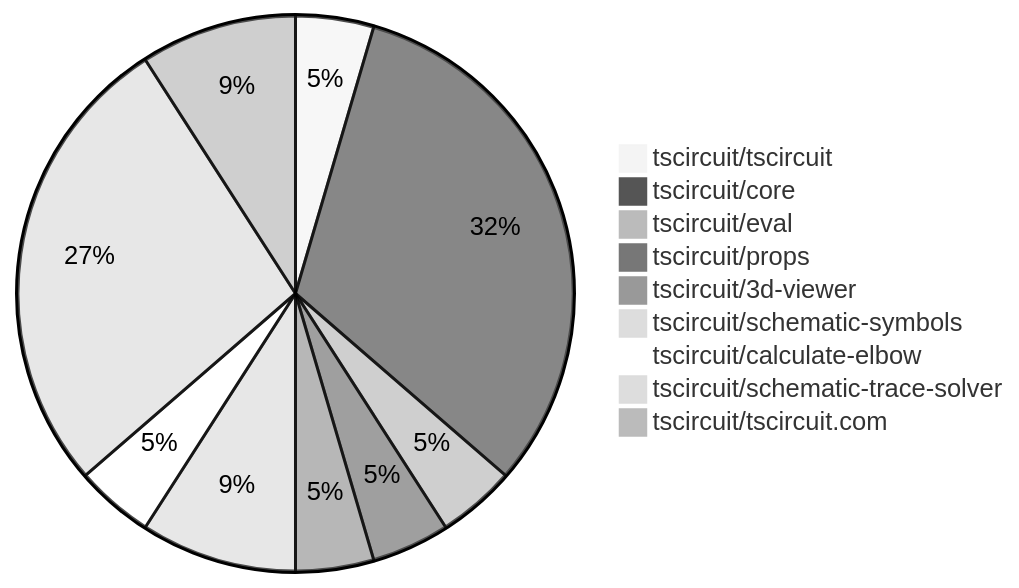
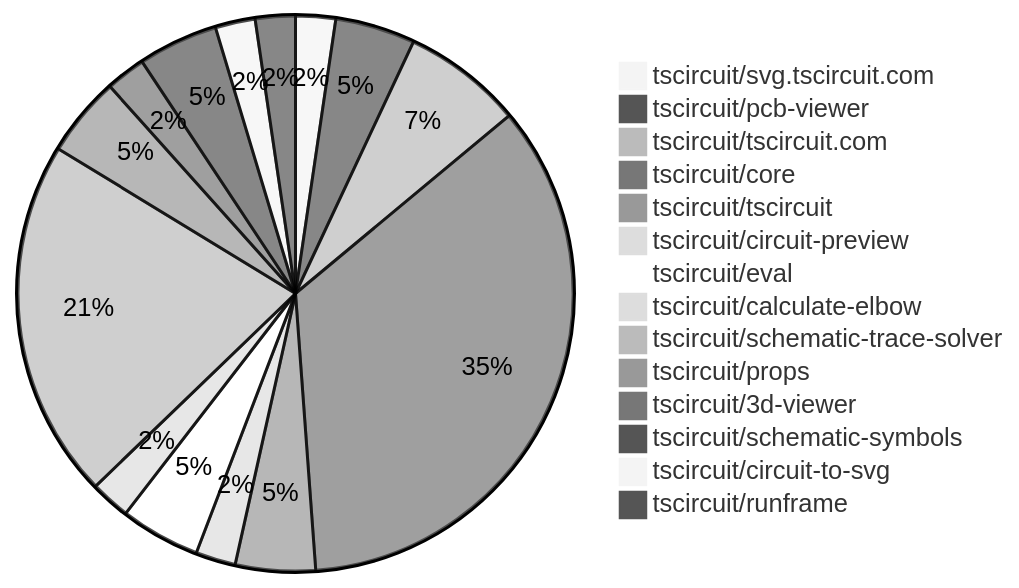
One commit to tscircuit/contribution-tracker changed the first of 2 diagrams in contribution-overviews/2025-08-27.md. Above: the diagram before and after it, drawn with Mermaid (neutral theme). The commit also changed other lines of this file and 3 other files, not shown here.

````diff
--- a/contribution-overviews/2025-08-27.md
+++ b/contribution-overviews/2025-08-27.md
@@ -5,12 +5,17 @@
 ```mermaid
 pie
-    "tscircuit/tscircuit" : 1
-    "tscircuit/core" : 7
-    "tscircuit/eval" : 1
-    "tscircuit/props" : 1
+    "tscircuit/svg.tscircuit.com" : 1
+    "tscircuit/pcb-viewer" : 2
+    "tscircuit/tscircuit.com" : 3
+    "tscircuit/core" : 15
+    "tscircuit/tscircuit" : 2
+    "tscircuit/circuit-preview" : 1
+    "tscircuit/eval" : 2
+    "tscircuit/calculate-elbow" : 1
+    "tscircuit/schematic-trace-solver" : 9
+    "tscircuit/props" : 2
     "tscircuit/3d-viewer" : 1
     "tscircuit/schematic-symbols" : 2
-    "tscircuit/calculate-elbow" : 1
-    "tscircuit/schematic-trace-solver" : 6
-    "tscircuit/tscircuit.com" : 2
+    "tscircuit/circuit-to-svg" : 1
+    "tscircuit/runframe" : 1
 ```
````
